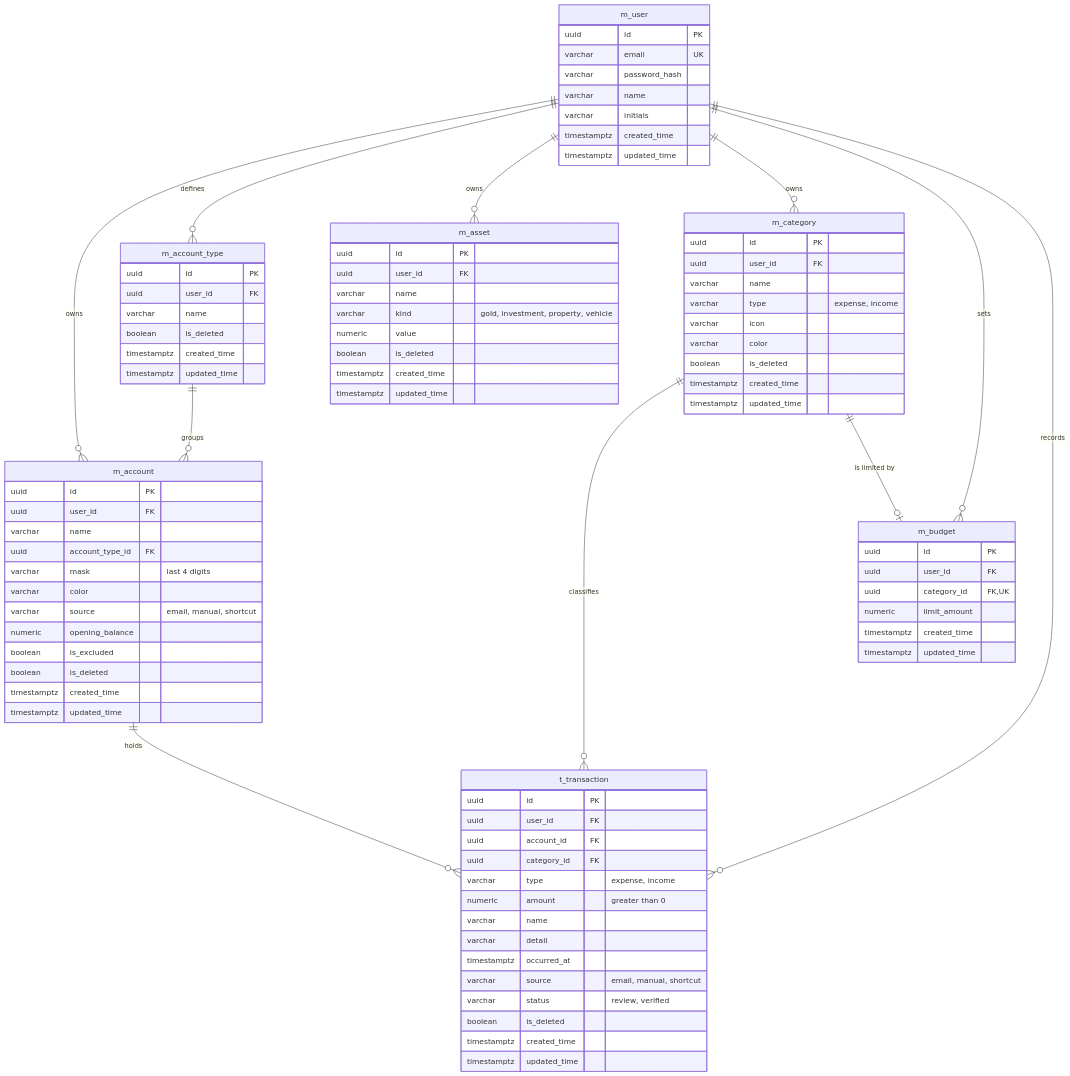
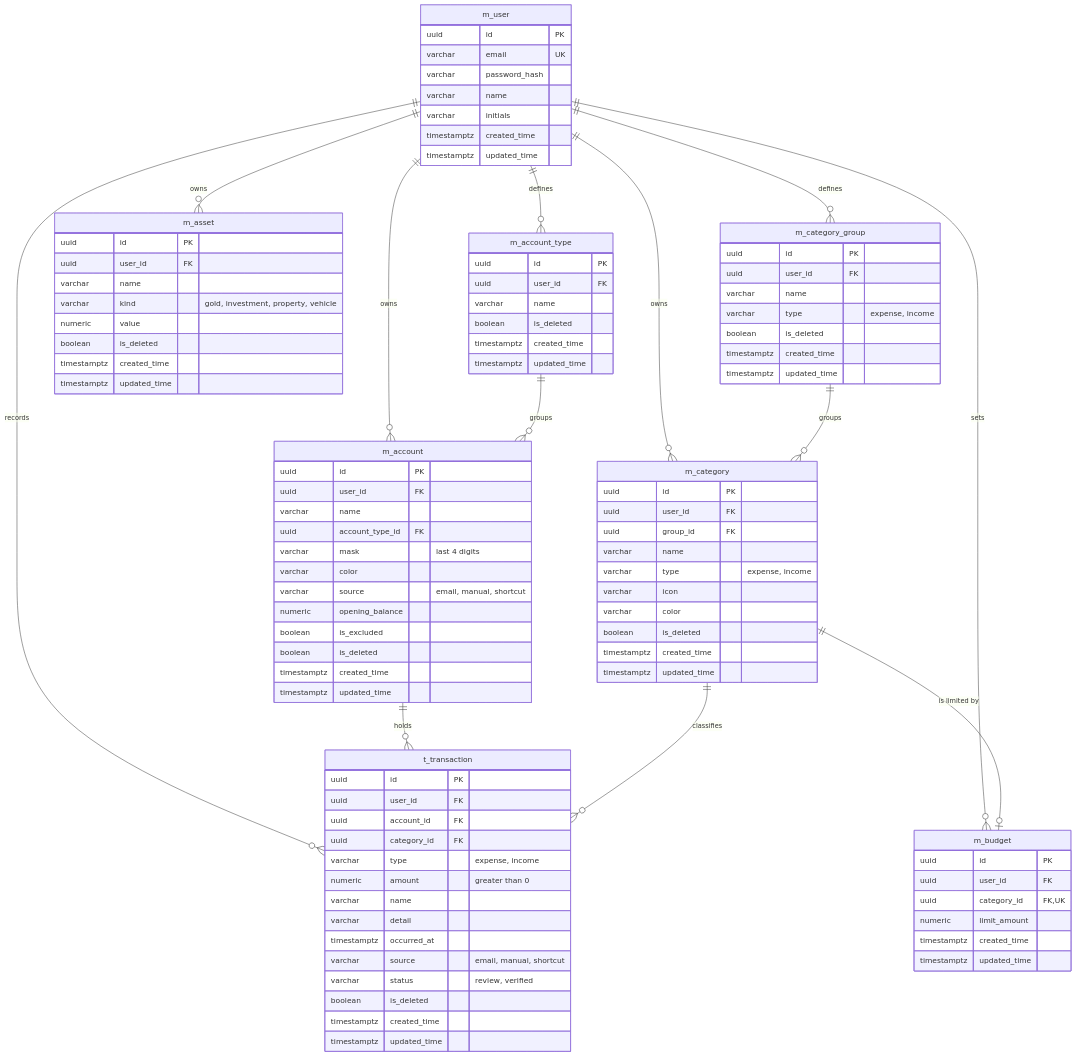
The diagram in docs/erd.md (rendrooy/Fynlo), drawn with Mermaid before and after one commit. The commit also changed other lines of this file and 23 other files, not shown here.

First line of the commit message:
feat: implement transaction categories and category groups

```diff
--- a/docs/erd.md
+++ b/docs/erd.md
@@ -7,6 +7,8 @@
     m_account_type ||--o{ m_account : groups
     m_user ||--o{ m_asset : owns
     m_user ||--o{ m_category : owns
+    m_user ||--o{ m_category_group : defines
+    m_category_group ||--o{ m_category : groups
     m_user ||--o{ m_budget : sets
     m_user ||--o{ t_transaction : records
     m_account ||--o{ t_transaction : "holds"
@@ -58,9 +60,20 @@
         timestamptz updated_time
     }
 
+    m_category_group {
+        uuid id PK
+        uuid user_id FK
+        varchar name
+        varchar type "expense, income"
+        boolean is_deleted
+        timestamptz created_time
+        timestamptz updated_time
+    }
+
     m_category {
         uuid id PK
         uuid user_id FK
+        uuid group_id FK
         varchar name
         varchar type "expense, income"
         varchar icon
```
